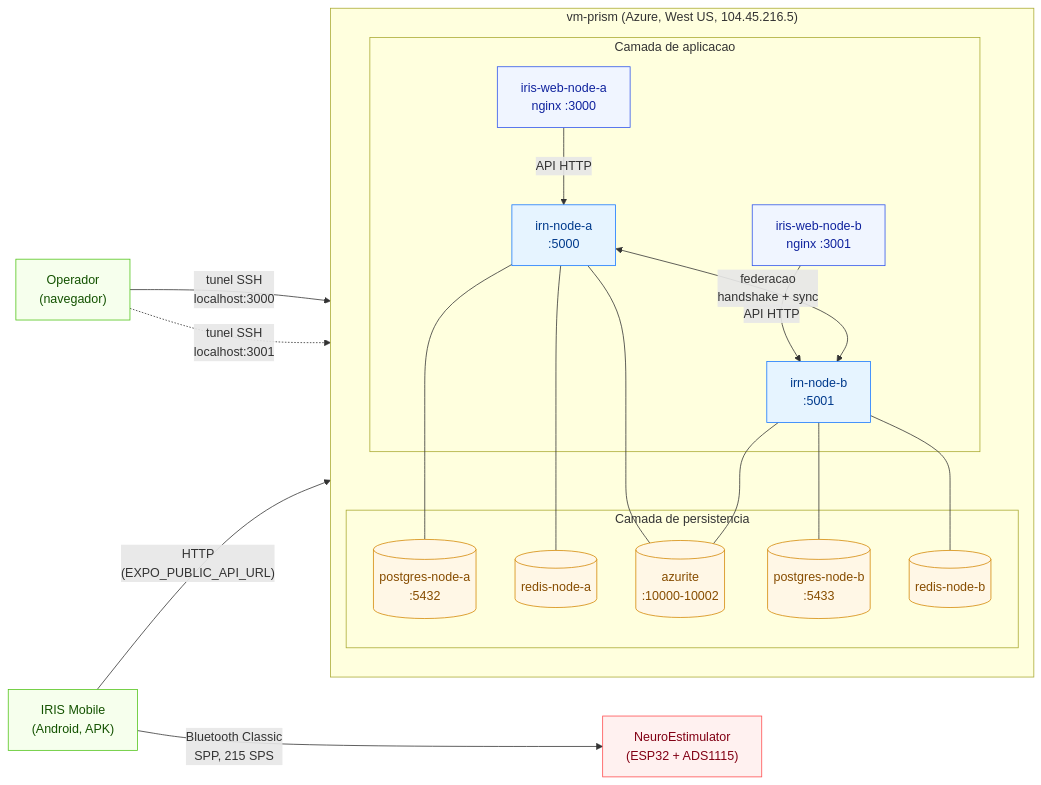
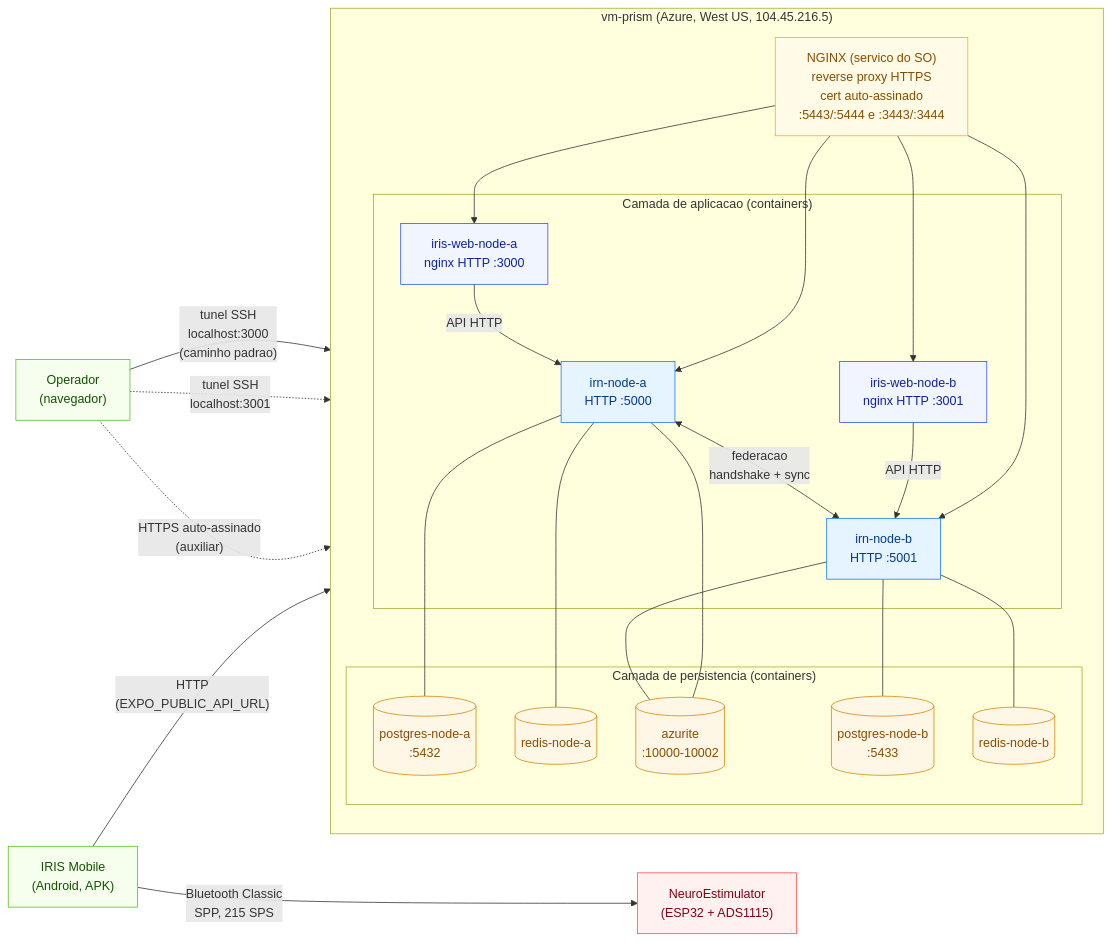
The diagram in figuras/Desenvolvimento/NPI/topologiaConsolidada.mmd (VitorAndTxr/TCC-Vitor), drawn with Mermaid before and after one commit. The commit also changed 2 other files, not shown here.

```diff
--- a/figuras/Desenvolvimento/NPI/topologiaConsolidada.mmd
+++ b/figuras/Desenvolvimento/NPI/topologiaConsolidada.mmd
@@ -1,60 +1,70 @@
 %% ============================================================
 %% Topologia consolidada da implantacao experimental
 %% (NPIs federados, IRIS web, IRIS Mobile e NeuroEstimulator)
 %% Referenciado em: cap-experimentos-resultados.tex
 %%   secao 4.6 (Implantacao), subsec:DeployLimitacoes
 %% Label: fig:DeployTopologiaConsolidada
 %% ============================================================
 flowchart LR
     subgraph vm["vm-prism (Azure, West US, 104.45.216.5)"]
         direction TB
 
-        subgraph aplicacao["Camada de aplicacao"]
-            nodeA["irn-node-a<br/>:5000"]
-            nodeB["irn-node-b<br/>:5001"]
-            irisA["iris-web-node-a<br/>nginx :3000"]
-            irisB["iris-web-node-b<br/>nginx :3001"]
+        nginx["NGINX (servico do SO)<br/>reverse proxy HTTPS<br/>cert auto-assinado<br/>:5443/:5444 e :3443/:3444"]
+
+        subgraph aplicacao["Camada de aplicacao (containers)"]
+            nodeA["irn-node-a<br/>HTTP :5000"]
+            nodeB["irn-node-b<br/>HTTP :5001"]
+            irisA["iris-web-node-a<br/>nginx HTTP :3000"]
+            irisB["iris-web-node-b<br/>nginx HTTP :3001"]
         end
 
-        subgraph persistencia["Camada de persistencia"]
+        subgraph persistencia["Camada de persistencia (containers)"]
             pgA[("postgres-node-a<br/>:5432")]
             pgB[("postgres-node-b<br/>:5433")]
             redisA[("redis-node-a")]
             redisB[("redis-node-b")]
             azurite[("azurite<br/>:10000-10002")]
         end
+
+        nginx --> nodeA
+        nginx --> nodeB
+        nginx --> irisA
+        nginx --> irisB
 
         nodeA --- pgA
         nodeA --- redisA
         nodeA --- azurite
         nodeB --- pgB
         nodeB --- redisB
         nodeB --- azurite
 
         irisA -- "API HTTP" --> nodeA
         irisB -- "API HTTP" --> nodeB
 
         nodeA <-->|"federacao<br/>handshake + sync"| nodeB
     end
 
     operador["Operador<br/>(navegador)"]
     mobile["IRIS Mobile<br/>(Android, APK)"]
     neuro["NeuroEstimulator<br/>(ESP32 + ADS1115)"]
 
-    operador -- "tunel SSH<br/>localhost:3000" --> irisA
+    operador -- "tunel SSH<br/>localhost:3000<br/>(caminho padrao)" --> irisA
     operador -. "tunel SSH<br/>localhost:3001" .-> irisB
+    operador -. "HTTPS auto-assinado<br/>(auxiliar)" .-> nginx
 
     mobile -- "HTTP<br/>(EXPO_PUBLIC_API_URL)" --> nodeA
     mobile -- "Bluetooth Classic<br/>SPP, 215 SPS" --> neuro
 
     classDef app fill:#e6f4ff,stroke:#1677ff,color:#003a8c;
     classDef web fill:#f0f5ff,stroke:#2f54eb,color:#10239e;
+    classDef proxy fill:#fffbe6,stroke:#faad14,color:#874d00;
     classDef persist fill:#fff7e6,stroke:#d48806,color:#874d00;
     classDef cliente fill:#f6ffed,stroke:#52c41a,color:#135200;
     classDef device fill:#fff1f0,stroke:#ff4d4f,color:#820014;
 
     class nodeA,nodeB app;
     class irisA,irisB web;
+    class nginx proxy;
     class pgA,pgB,redisA,redisB,azurite persist;
     class operador,mobile cliente;
     class neuro device;
```
